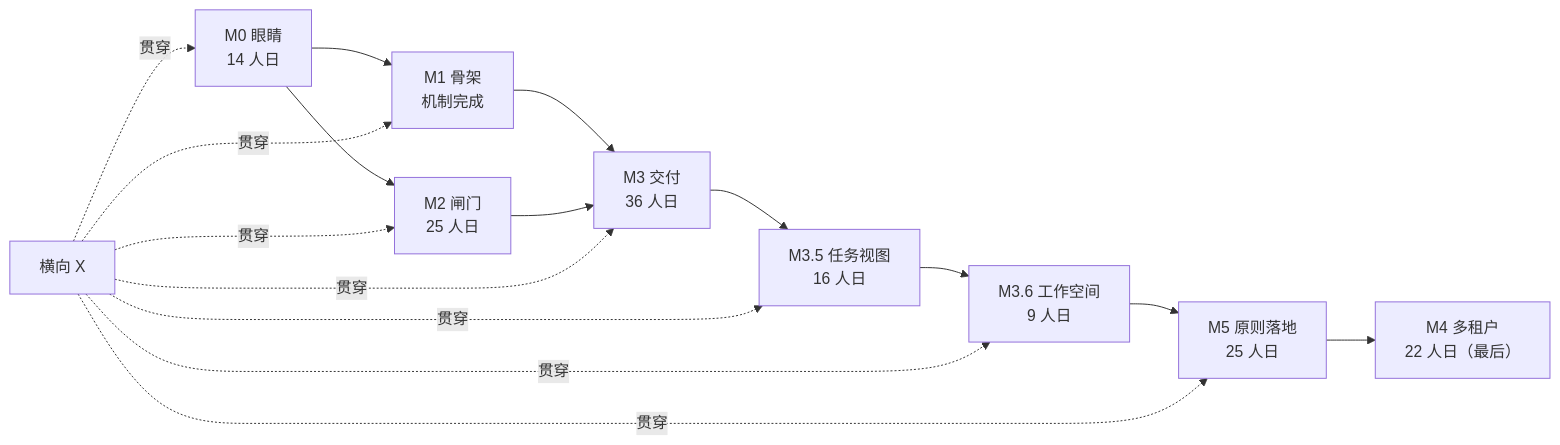
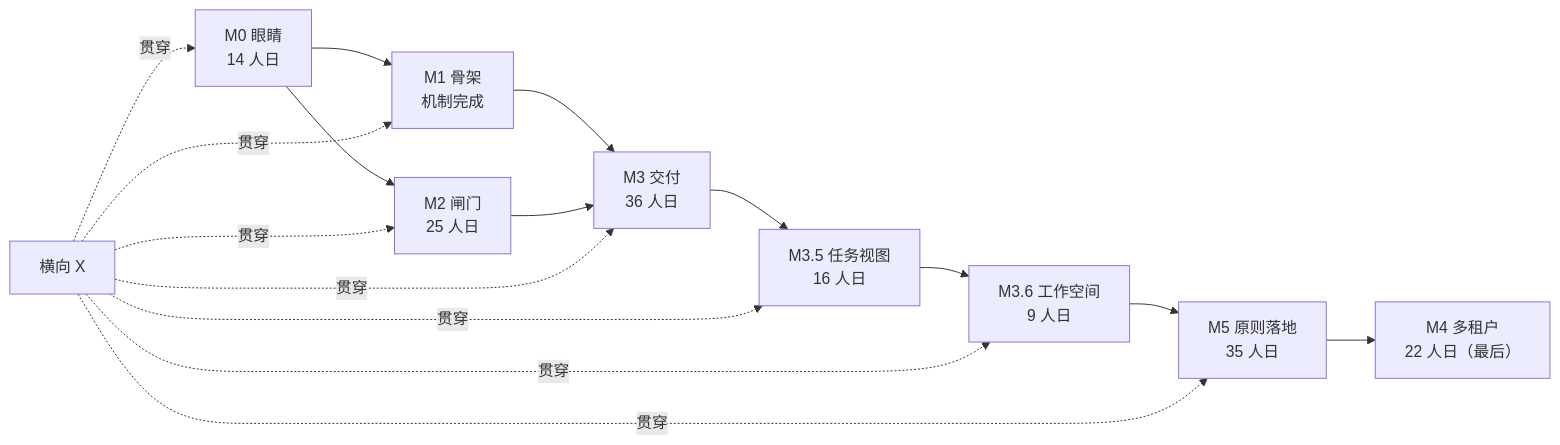
One commit to touch-agent/dsh-superagent changed the diagram in docs/plan/TASK-PLAN.zh.md. Above: the diagram before and after it, drawn with Mermaid. The commit also changed other lines of this file and 2 other files, not shown here.

````diff
--- a/docs/plan/TASK-PLAN.zh.md
+++ b/docs/plan/TASK-PLAN.zh.md
@@ -162,12 +162,12 @@
 ```mermaid
 graph LR
   M0["M0 眼睛<br/>14 人日"] --> M1["M1 骨架<br/>机制完成"]
   M0 --> M2["M2 闸门<br/>25 人日"]
   M1 --> M3["M3 交付<br/>36 人日"]
   M2 --> M3
   M3 --> M35["M3.5 任务视图<br/>16 人日"]
   M35 --> M36["M3.6 工作空间<br/>9 人日"]
-  M36 --> M5["M5 原则落地<br/>25 人日"]
+  M36 --> M5["M5 原则落地<br/>35 人日"]
   M5 --> M4["M4 多租户<br/>22 人日（最后）"]
   X["横向 X"] -.贯穿.-> M0 & M1 & M2 & M3 & M35 & M36 & M5
 ```
````
